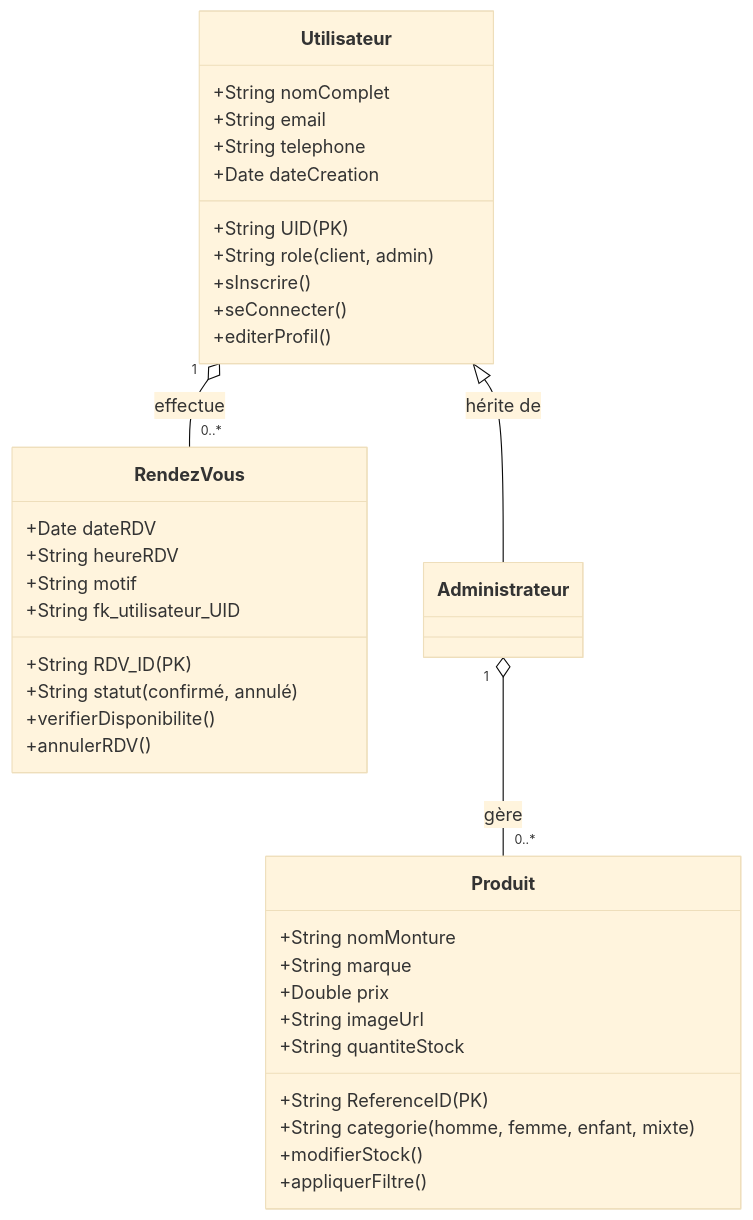
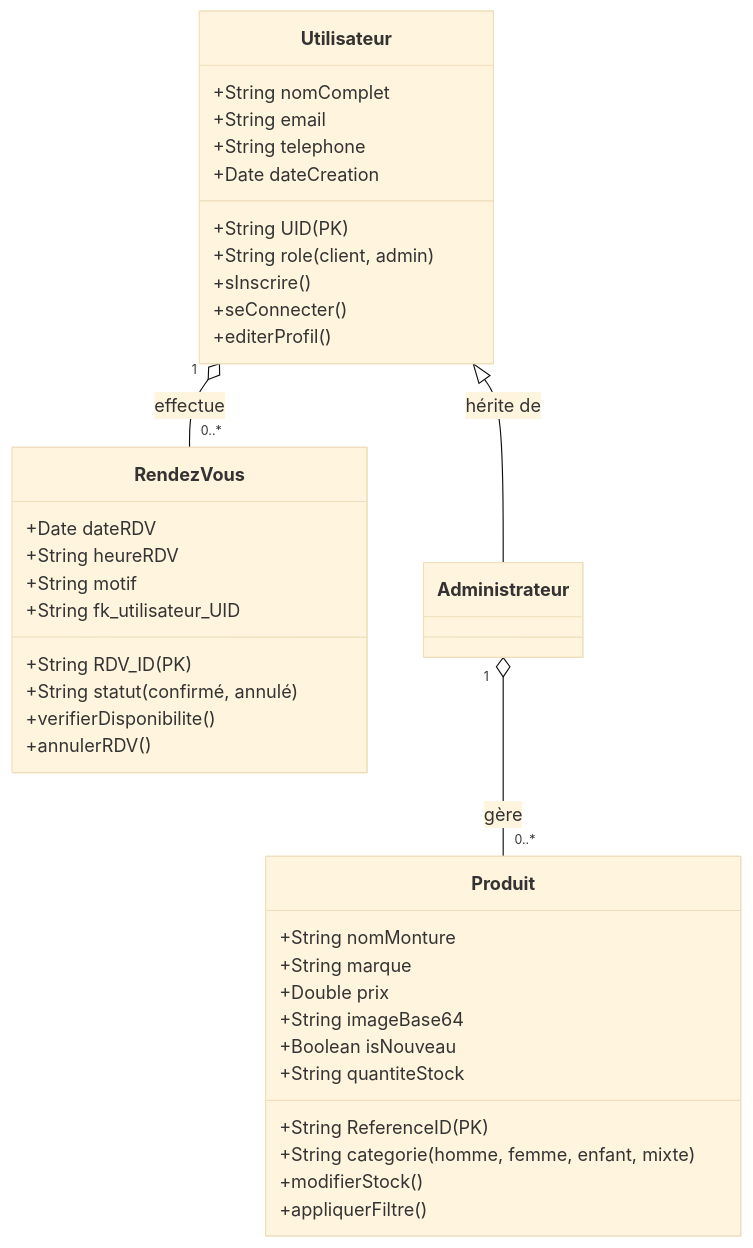
The fourth of 4 diagrams in Memoire_Complet_Barham_Optic.md (Midousy92/Barham_Optic), drawn with Mermaid (base theme) before and after one commit. The commit also changed other lines of this file, not shown here.

Commit message:
docs: Update UML diagrams in Memoire (fix Use Case syntax, add Base64/New badge to Class diagram)

````diff
--- a/Memoire_Complet_Barham_Optic.md
+++ b/Memoire_Complet_Barham_Optic.md
@@ -270,41 +281,42 @@
 ```mermaid
 classDiagram
     class Utilisateur {
         +String UID (PK)
         +String nomComplet
         +String email
         +String telephone
         +String role (client, admin)
         +Date dateCreation
         +sInscrire()
         +seConnecter()
         +editerProfil()
     }
     
     class Produit {
         +String ReferenceID (PK)
         +String nomMonture
         +String marque
         +String categorie (homme, femme, enfant, mixte)
         +Double prix
-        +String imageUrl
+        +String imageBase64
+        +Boolean isNouveau
         +String quantiteStock
         +modifierStock()
         +appliquerFiltre()
     }
     
     class RendezVous {
         +String RDV_ID (PK)
         +Date dateRDV
         +String heureRDV
         +String motif
         +String statut (confirmé, annulé)
         +String fk_utilisateur_UID
         +verifierDisponibilite()
         +annulerRDV()
     }
 
     Utilisateur "1" o--  "0..*" RendezVous : effectue
     Administrateur "1" o-- "0..*" Produit : gère
     Utilisateur <|-- Administrateur : hérite de
 ```
````
